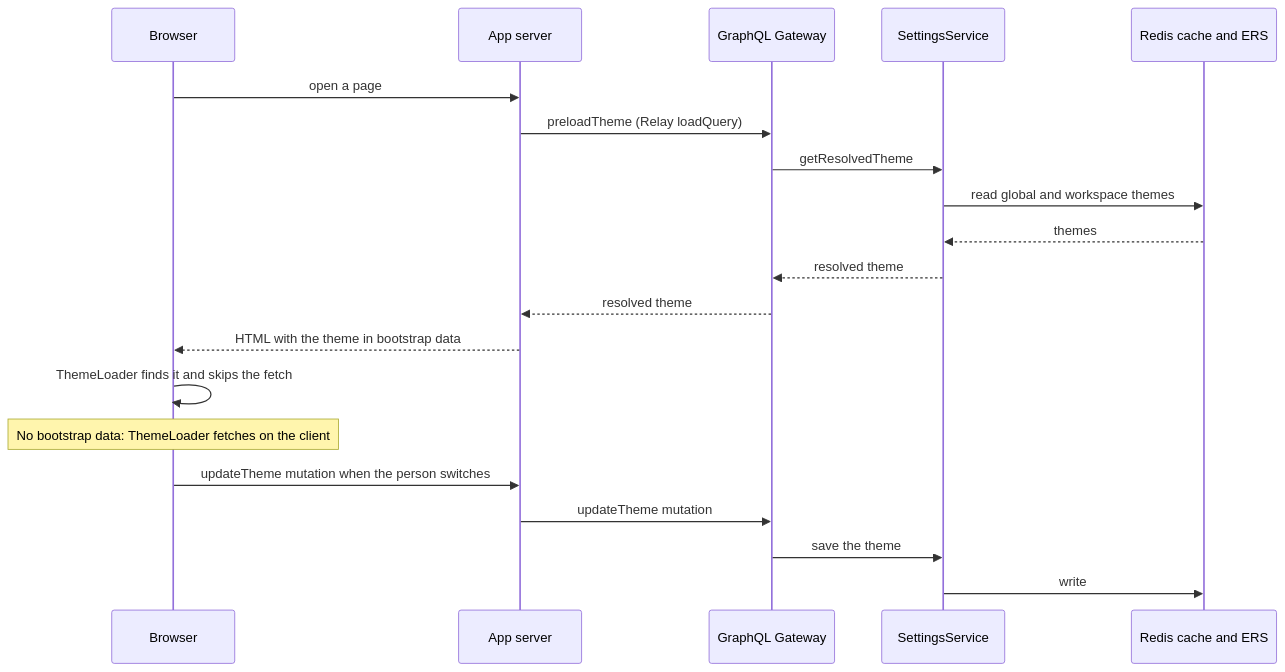
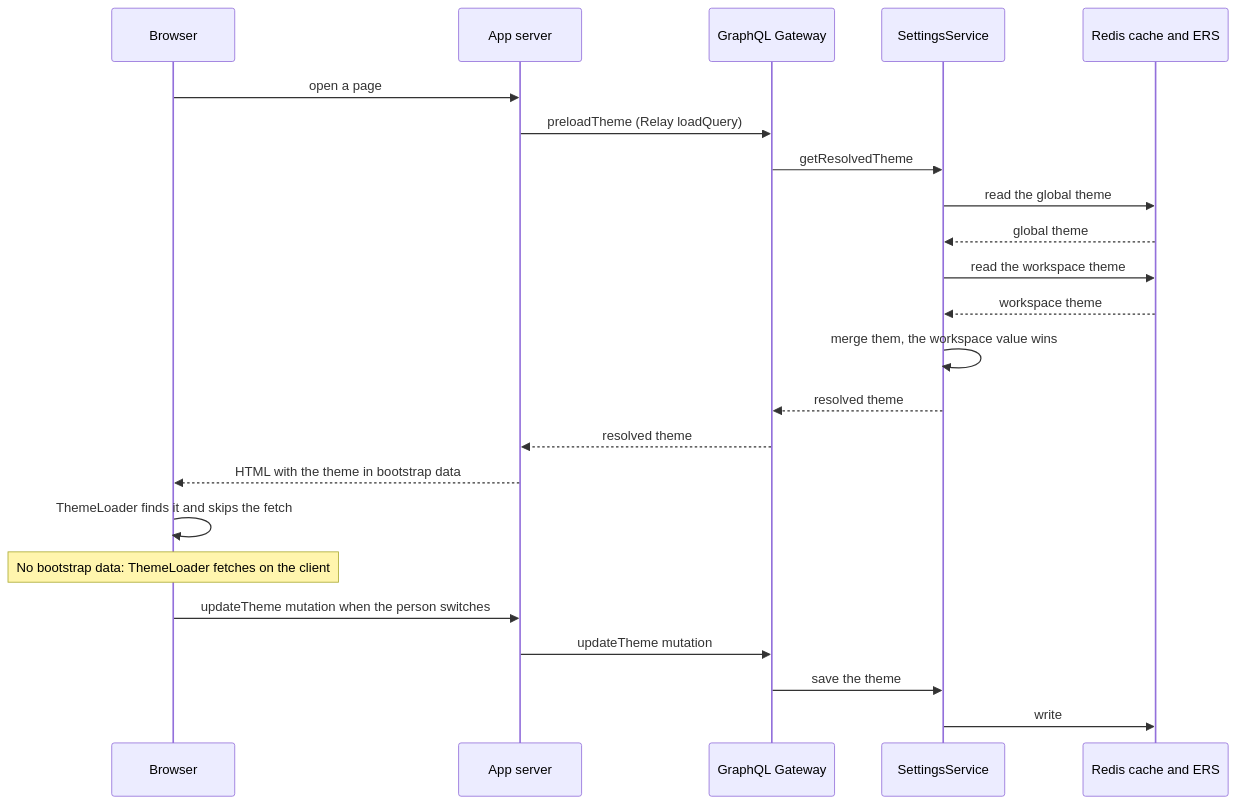
The third of 3 diagrams in ui-settings-platform/README.md (oleg-chibikov/project-architecture), drawn with Mermaid before and after one commit.

Commit message:
Show SettingsService merging the global and workspace themes

````diff
--- a/ui-settings-platform/README.md
+++ b/ui-settings-platform/README.md
@@ -99,22 +99,25 @@
 ```mermaid
 sequenceDiagram
   participant Browser
   participant Server as App server
   participant GQL as GraphQL Gateway
   participant Settings as SettingsService
   participant DB as Redis cache and ERS
   Browser->>Server: open a page
   Server->>GQL: preloadTheme (Relay loadQuery)
   GQL->>Settings: getResolvedTheme
-  Settings->>DB: read global and workspace themes
-  DB-->>Settings: themes
+  Settings->>DB: read the global theme
+  DB-->>Settings: global theme
+  Settings->>DB: read the workspace theme
+  DB-->>Settings: workspace theme
+  Settings->>Settings: merge them, the workspace value wins
   Settings-->>GQL: resolved theme
   GQL-->>Server: resolved theme
   Server-->>Browser: HTML with the theme in bootstrap data
   Browser->>Browser: ThemeLoader finds it and skips the fetch
   Note over Browser: No bootstrap data: ThemeLoader fetches on the client
   Browser->>Server: updateTheme mutation when the person switches
   Server->>GQL: updateTheme mutation
   GQL->>Settings: save the theme
   Settings->>DB: write
 ```
````
